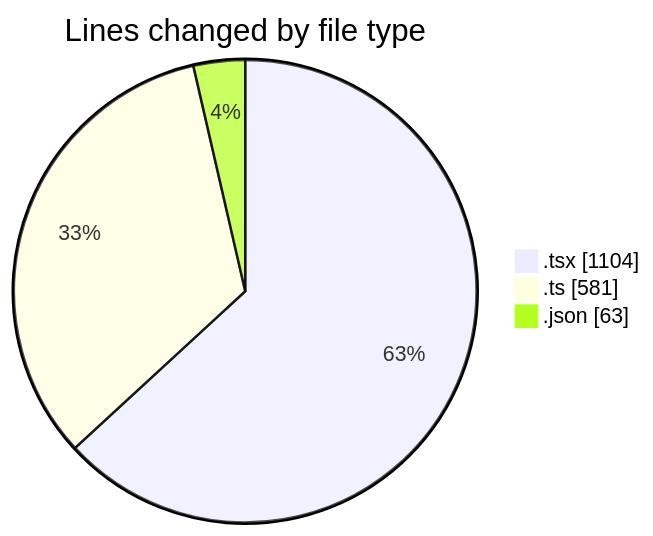
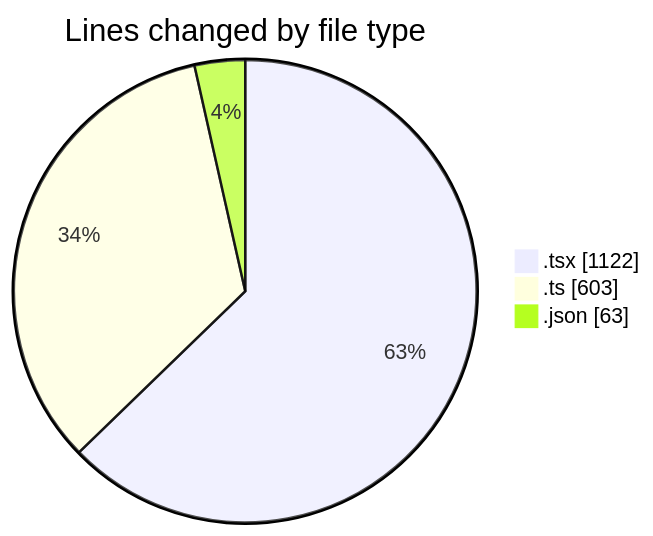
The first of 2 diagrams in 2025-10-21/eventscop-frontend-guide__workspace_/README.md (julien-gomy/code-tracking), drawn with Mermaid before and after one commit. The commit also changed other lines of this file and 1 other file, not shown here.

````diff
--- a/2025-10-21/eventscop-frontend-guide__workspace_/README.md
+++ b/2025-10-21/eventscop-frontend-guide__workspace_/README.md
@@ -39,7 +39,7 @@
 ```mermaid
 pie showData
 title Lines changed by file type
-".tsx" : 1104
-".ts" : 581
+".tsx" : 1122
+".ts" : 603
 ".json" : 63
 ```
````
